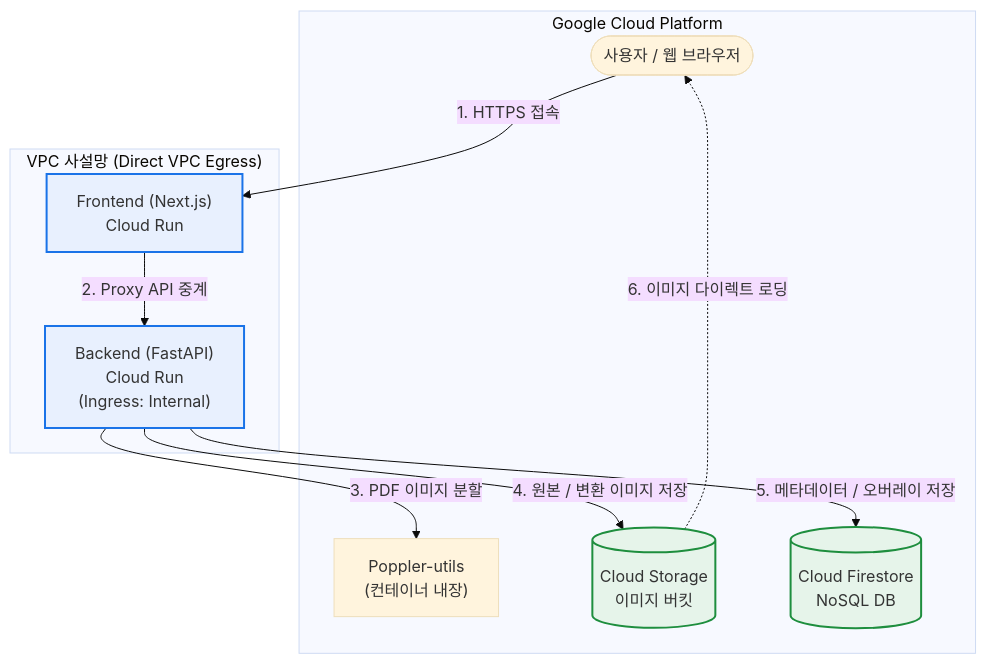
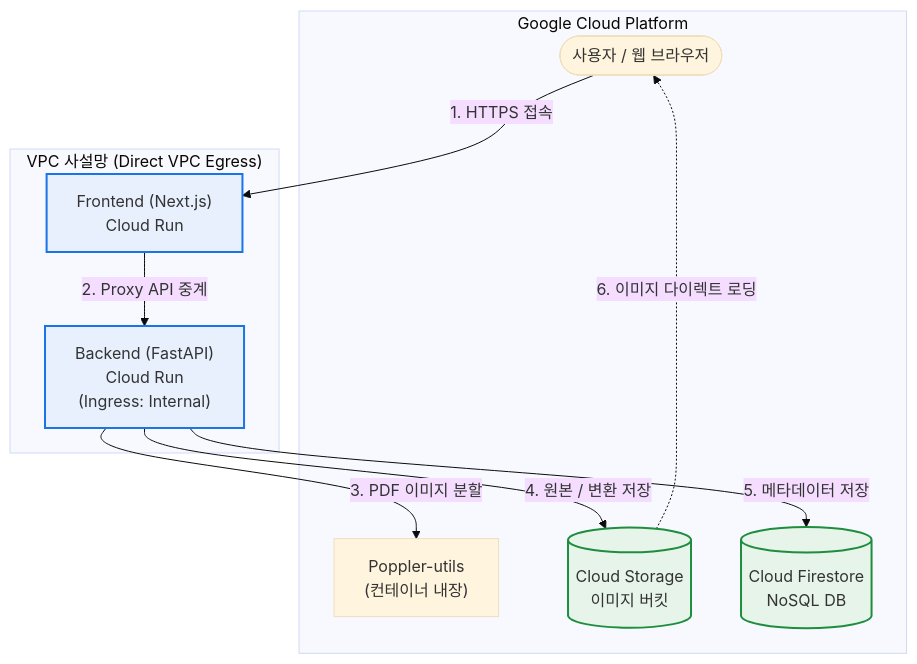
One commit to freeman9844/jjflipbook_test_001 changed the diagram in README.md. Above: the diagram before and after it, drawn with Mermaid (base theme). The commit also changed other lines of this file and 14 other files, not shown here.

Commit message:
docs: Update README with highly detailed Cloud Run networking and React hydration fixes

````diff
--- a/README.md
+++ b/README.md
@@ -168,21 +155,21 @@
 ```mermaid
 graph TD
     User([사용자 / 웹 브라우저]) -->|1. HTTPS 접속| FE_Run["Frontend (Next.js) <br> Cloud Run"];
     
     subgraph VPC ["VPC 사설망 (Direct VPC Egress)"]
         FE_Run -->|2. Proxy API 중계| BE_Run["Backend (FastAPI) <br> Cloud Run <br> (Ingress: Internal)"];
     end
     
     subgraph Google Cloud Platform
         BE_Run -->|3. PDF 이미지 분할| Poppler["Poppler-utils <br> (컨테이너 내장)"];
-        BE_Run -->|4. 원본 / 변환 이미지 저장| GCS[("Cloud Storage <br> 이미지 버킷")];
-        BE_Run -->|5. 메타데이터 / 오버레이 저장| Firestore[("Cloud Firestore <br> NoSQL DB")];
+        BE_Run -->|4. 원본 / 변환 저장| GCS[("Cloud Storage <br> 이미지 버킷")];
+        BE_Run -->|5. 메타데이터 저장| Firestore[("Cloud Firestore <br> NoSQL DB")];
         
         GCS -.->|6. 이미지 다이렉트 로딩| User;
     end
 
     style FE_Run fill:#e8f0fe,stroke:#1a73e8,stroke-width:2px
     style BE_Run fill:#e8f0fe,stroke:#1a73e8,stroke-width:2px
     style GCS fill:#e6f4ea,stroke:#1e8e3e,stroke-width:2px
     style Firestore fill:#e6f4ea,stroke:#1e8e3e,stroke-width:2px
 ```
````
